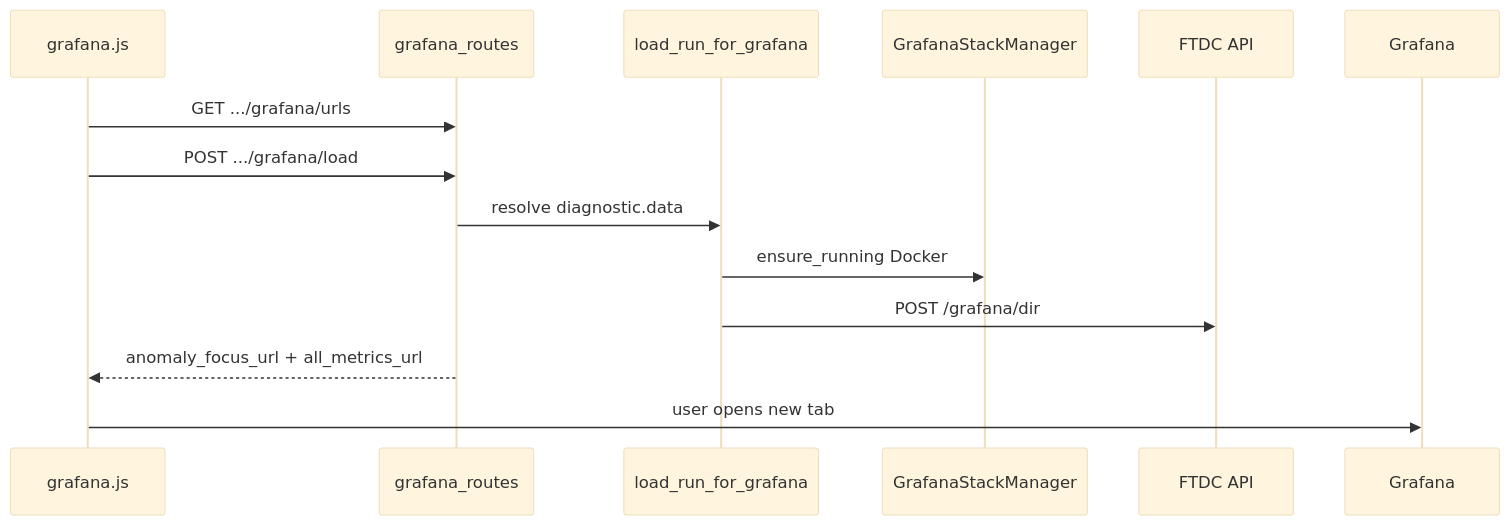
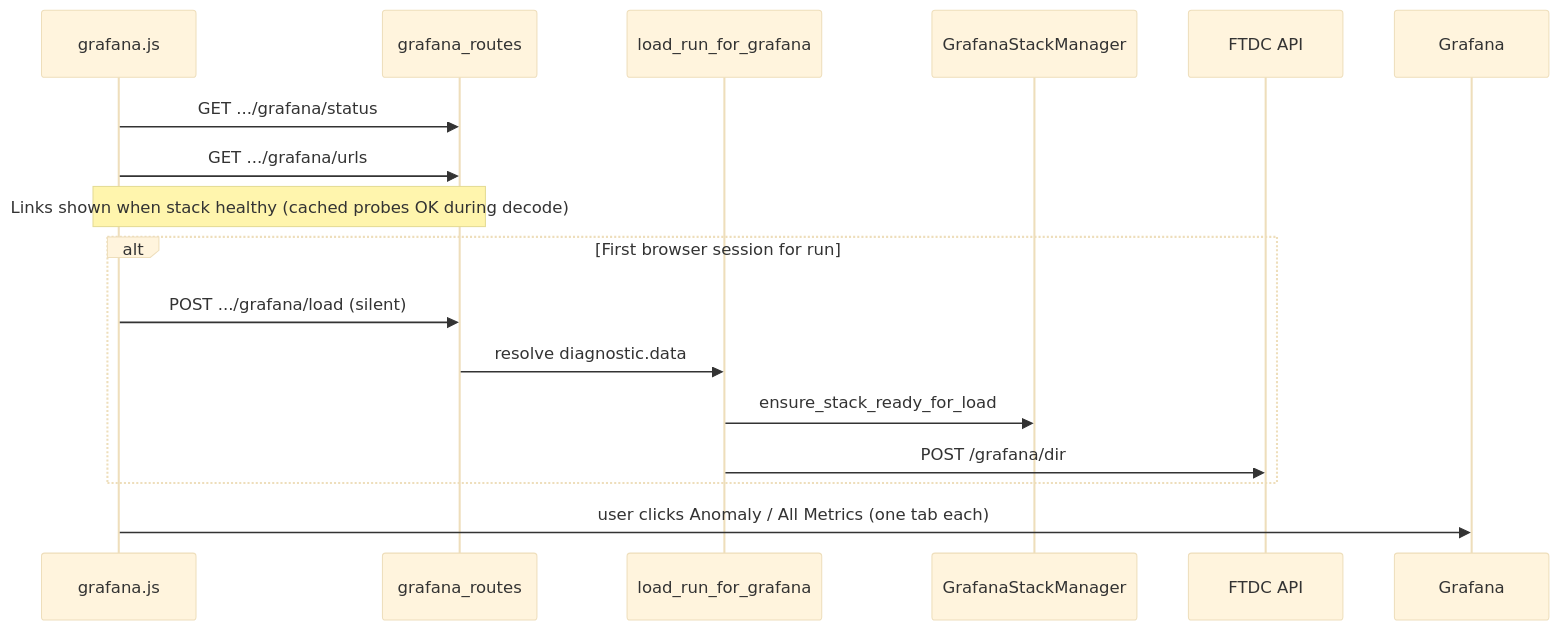
Before and after one commit to Prateek-Agarwal2006/Mongo-Debugger: the sixth of 7 diagrams in docs/ARCHITECTURE.md, drawn with Mermaid (base theme). The commit also changed other lines of this file and 90 other files, not shown here.

````diff
--- a/docs/ARCHITECTURE.md
+++ b/docs/ARCHITECTURE.md
@@ -292,17 +292,20 @@
 ```mermaid
 sequenceDiagram
   participant JS as grafana.js
   participant API as grafana_routes
   participant Svc as load_run_for_grafana
   participant Stack as GrafanaStackManager
   participant FTDC as FTDC API
   participant GF as Grafana
 
+  JS->>API: GET .../grafana/status
   JS->>API: GET .../grafana/urls
-  JS->>API: POST .../grafana/load
-  API->>Svc: resolve diagnostic.data
-  Svc->>Stack: ensure_running Docker
-  Svc->>FTDC: POST /grafana/dir
-  API-->>JS: anomaly_focus_url + all_metrics_url
-  JS->>GF: user opens new tab
+  Note over JS,API: Links shown when stack healthy (cached probes OK during decode)
+  alt First browser session for run
+    JS->>API: POST .../grafana/load (silent)
+    API->>Svc: resolve diagnostic.data
+    Svc->>Stack: ensure_stack_ready_for_load
+    Svc->>FTDC: POST /grafana/dir
+  end
+  JS->>GF: user clicks Anomaly / All Metrics (one tab each)
 ```
````
